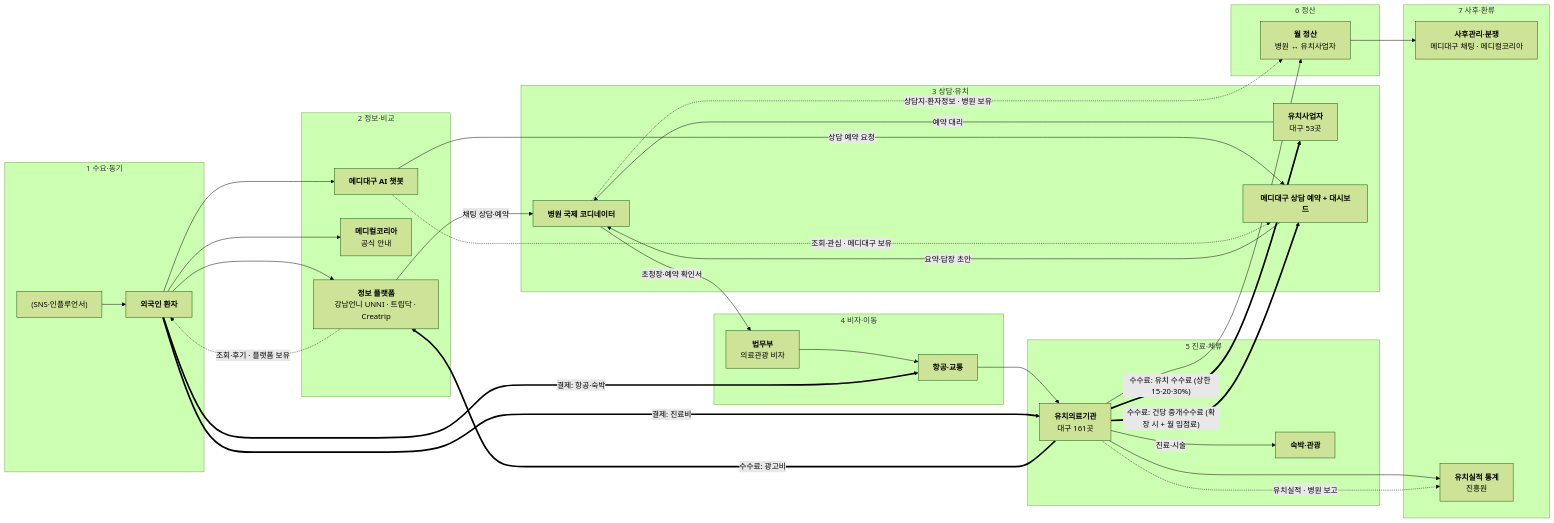
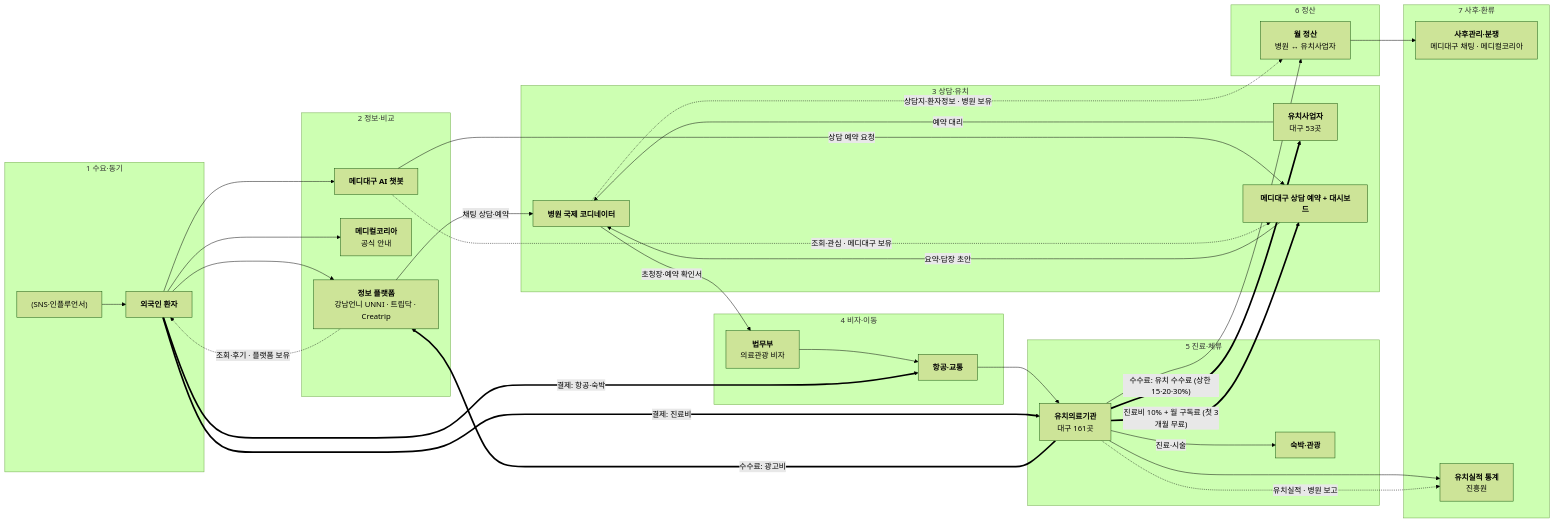
The diagram in valuechain/step2-3_산업밸류체인.md (k-1026/AXA), drawn with Mermaid (forest theme) before and after one commit. The commit also changed other lines of this file and 5 other files, not shown here.

Commit message:
[update] valuechain 요금 문구를 요금안 v3.1로 — 선택형(A 구독 / B 수수료) 대신 수수료 10% + 월 구독료 둘 다, 사후관리 비용은 구독료에 포함, C2·T1은 구독료 합산 문제로 유지 (step0·1·2-3·4·5, 검토요청 메모)

````diff
--- a/valuechain/step2-3_산업밸류체인.md
+++ b/valuechain/step2-3_산업밸류체인.md
@@ -40,59 +40,59 @@
 ```mermaid
 flowchart LR
     subgraph S1["1 수요·동기"]
         PAT["<b>외국인 환자</b>"]
         SNS["(SNS·인플루언서)"]
     end
     subgraph S2["2 정보·비교"]
         PLAT["<b>정보 플랫폼</b><br/>강남언니 UNNI · 트립닥 · Creatrip"]
         MK["<b>메디컬코리아</b><br/>공식 안내"]
         MD1["<b>메디대구 AI 챗봇</b>"]
     end
     subgraph S3["3 상담·유치"]
         FAC["<b>유치사업자</b><br/>대구 53곳"]
         COORD["<b>병원 국제 코디네이터</b>"]
         MD2["<b>메디대구 상담 예약 + 대시보드</b>"]
     end
     subgraph S4["4 비자·이동"]
         MOJ["<b>법무부</b><br/>의료관광 비자"]
         AIR["<b>항공·교통</b>"]
     end
     subgraph S5["5 진료·체류"]
         HOSP["<b>유치의료기관</b><br/>대구 161곳"]
         STAY["<b>숙박·관광</b>"]
     end
     subgraph S6["6 정산"]
         SETTLE["<b>월 정산</b><br/>병원 ↔ 유치사업자"]
     end
     subgraph S7["7 사후·환류"]
         AFTER["<b>사후관리·분쟁</b><br/>메디대구 채팅 · 메디컬코리아"]
         STAT["<b>유치실적 통계</b><br/>진흥원"]
     end
 
     SNS --> PAT
     PAT --> PLAT
     PAT --> MK
     PAT --> MD1
     PLAT -->|"채팅 상담·예약"| COORD
     MD1 -->|"상담 예약 요청"| MD2
     MD2 -->|"요약·답장 초안"| COORD
     FAC -->|"예약 대리"| COORD
     COORD -->|"초청장·예약 확인서"| MOJ
     MOJ --> AIR
     AIR --> HOSP
     HOSP -->|"진료·시술"| STAY
     HOSP --> SETTLE
     SETTLE --> AFTER
     HOSP --> STAT
 
     PAT ==>|"결제: 진료비"| HOSP
     PAT ==>|"결제: 항공·숙박"| AIR
     HOSP ==>|"수수료: 광고비"| PLAT
     HOSP ==>|"수수료: 유치 수수료 (상한 15·20·30%)"| FAC
-    HOSP ==>|"수수료: 건당 중개수수료 (확장 시 + 월 입점료)"| MD2
+    HOSP ==>|"진료비 10% + 월 구독료 (첫 3개월 무료)"| MD2
 
     MD1 -.->|"조회·관심 · 메디대구 보유"| MD2
     PLAT -.->|"조회·후기 · 플랫폼 보유"| PAT
     COORD -.->|"상담지·환자정보 · 병원 보유"| SETTLE
     HOSP -.->|"유치실적 · 병원 보고"| STAT
 ```
````
